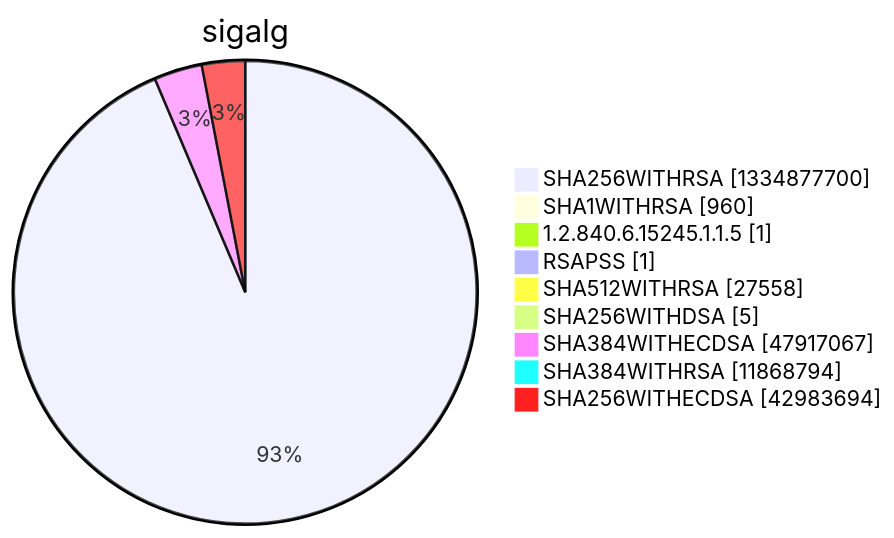
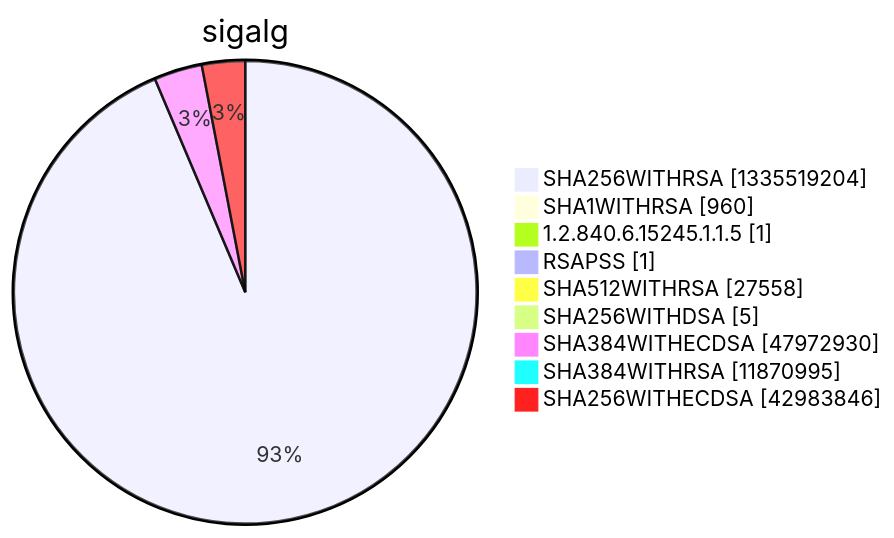
Before and after one commit to christiankrug/ctmonitor_visualization: diagram 15 of 15 in argon2022/README.md, drawn with Mermaid. The commit also changed other lines of this file, not shown here.

````diff
--- a/argon2022/README.md
+++ b/argon2022/README.md
@@ -5524,13 +5524,13 @@
 ```mermaid
 pie showData
 title sigalg
-"SHA256WITHRSA" :1334877700
+"SHA256WITHRSA" :1335519204
 "SHA1WITHRSA" :960
 "1.2.840.6.15245.1.1.5" :1
 "RSAPSS" :1
 "SHA512WITHRSA" :27558
 "SHA256WITHDSA" :5
-"SHA384WITHECDSA" :47917067
-"SHA384WITHRSA" :11868794
-"SHA256WITHECDSA" :42983694
+"SHA384WITHECDSA" :47972930
+"SHA384WITHRSA" :11870995
+"SHA256WITHECDSA" :42983846
 ```
````
